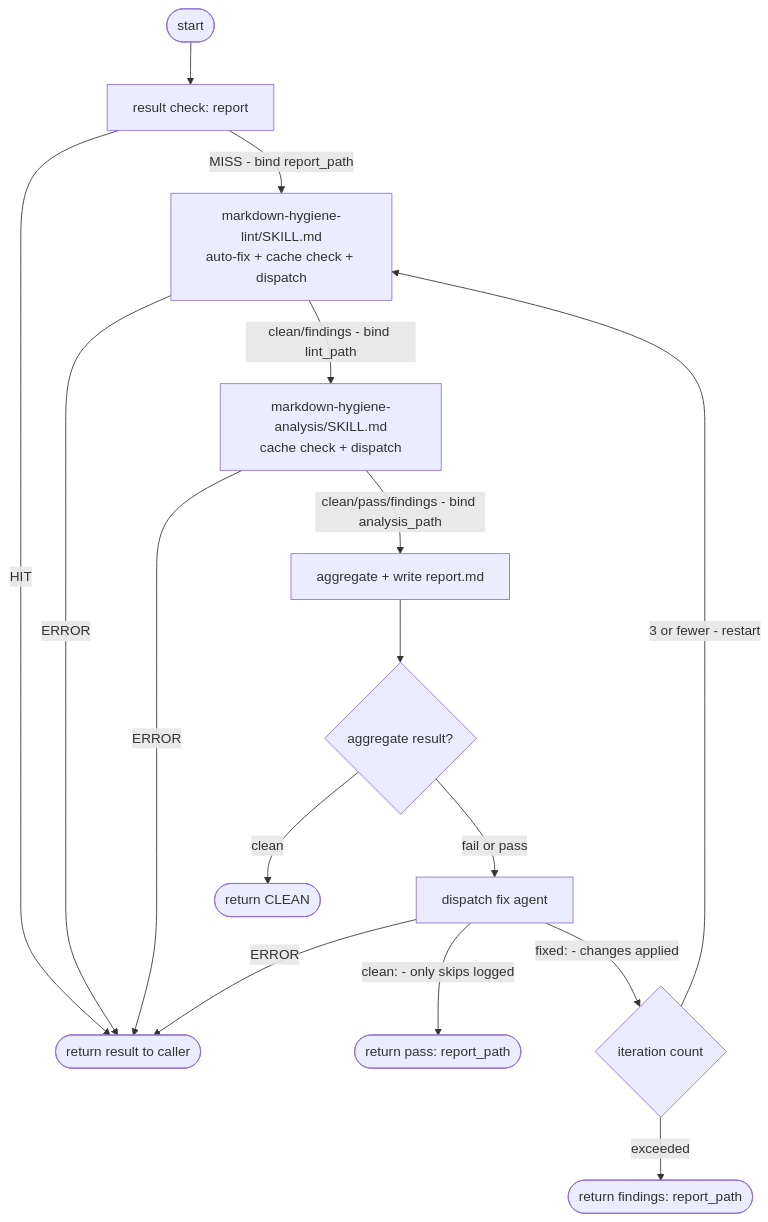
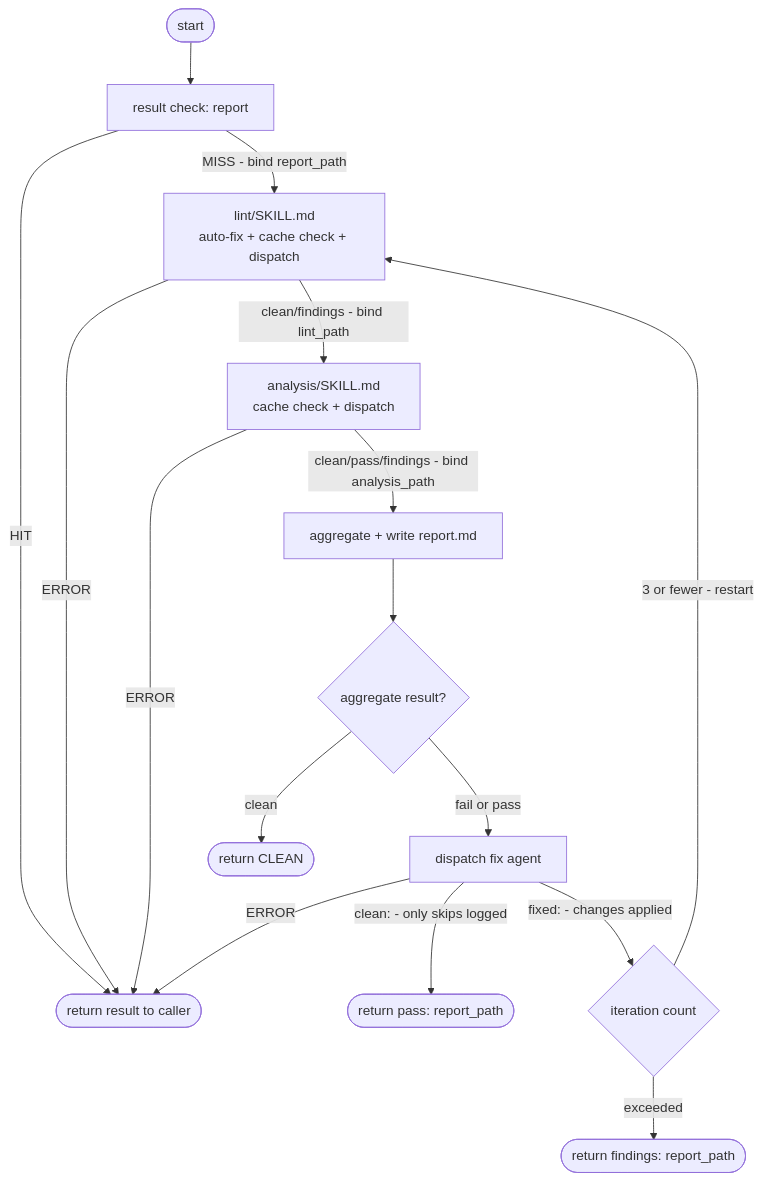
One commit to electrified-cortex/skills changed the diagram in markdown-hygiene/spec.md. Above: the diagram before and after it, drawn with Mermaid. The commit also changed other lines of this file and 89 other files, not shown here.

First line of the commit message:
refactor(skills): flatten parent-prefix on copilot-cli, dispatch, hash-stamping, markdown-hygiene; drop heartbeat skill

````diff
--- a/markdown-hygiene/spec.md
+++ b/markdown-hygiene/spec.md
@@ -43,18 +43,18 @@
 ```mermaid
 flowchart TD
     A([start]) --> RC1[result check: report]
     RC1 -->|HIT| RET([return result to caller])
-    RC1 -->|MISS - bind report_path| LINT[markdown-hygiene-lint/SKILL.md\nauto-fix + cache check + dispatch]
+    RC1 -->|MISS - bind report_path| LINT[lint/SKILL.md\nauto-fix + cache check + dispatch]
     LINT -->|ERROR| RET
-    LINT -->|clean/findings - bind lint_path| ANA[markdown-hygiene-analysis/SKILL.md\ncache check + dispatch]
+    LINT -->|clean/findings - bind lint_path| ANA[analysis/SKILL.md\ncache check + dispatch]
     ANA -->|ERROR| RET
     ANA -->|clean/pass/findings - bind analysis_path| AGG[aggregate + write report.md]
     AGG --> IC{aggregate result?}
     IC -->|clean| CLEAN([return CLEAN])
     IC -->|fail or pass| FIX[dispatch fix agent]
     FIX -->|ERROR| RET
     FIX -->|clean: - only skips logged| PASS([return pass: report_path])
     FIX -->|fixed: - changes applied| CNT{iteration count}
     CNT -->|3 or fewer - restart| LINT
     CNT -->|exceeded| STOP([return findings: report_path])
 ```
````
